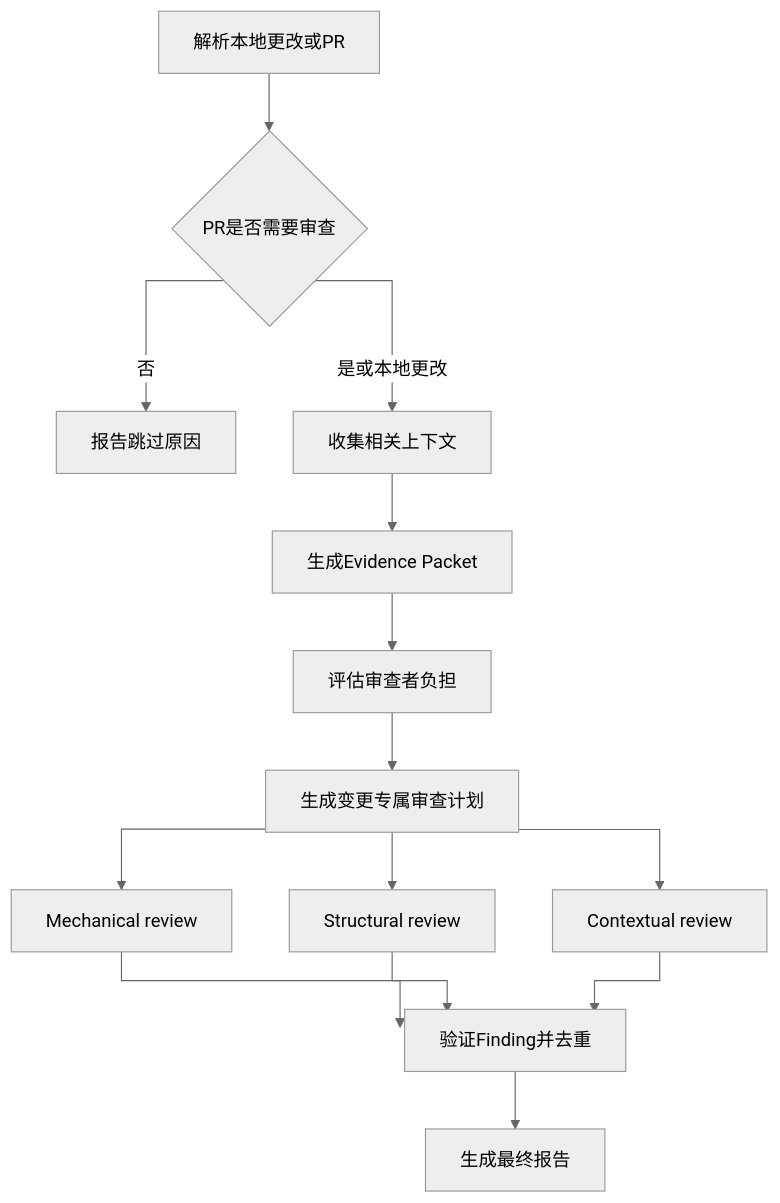
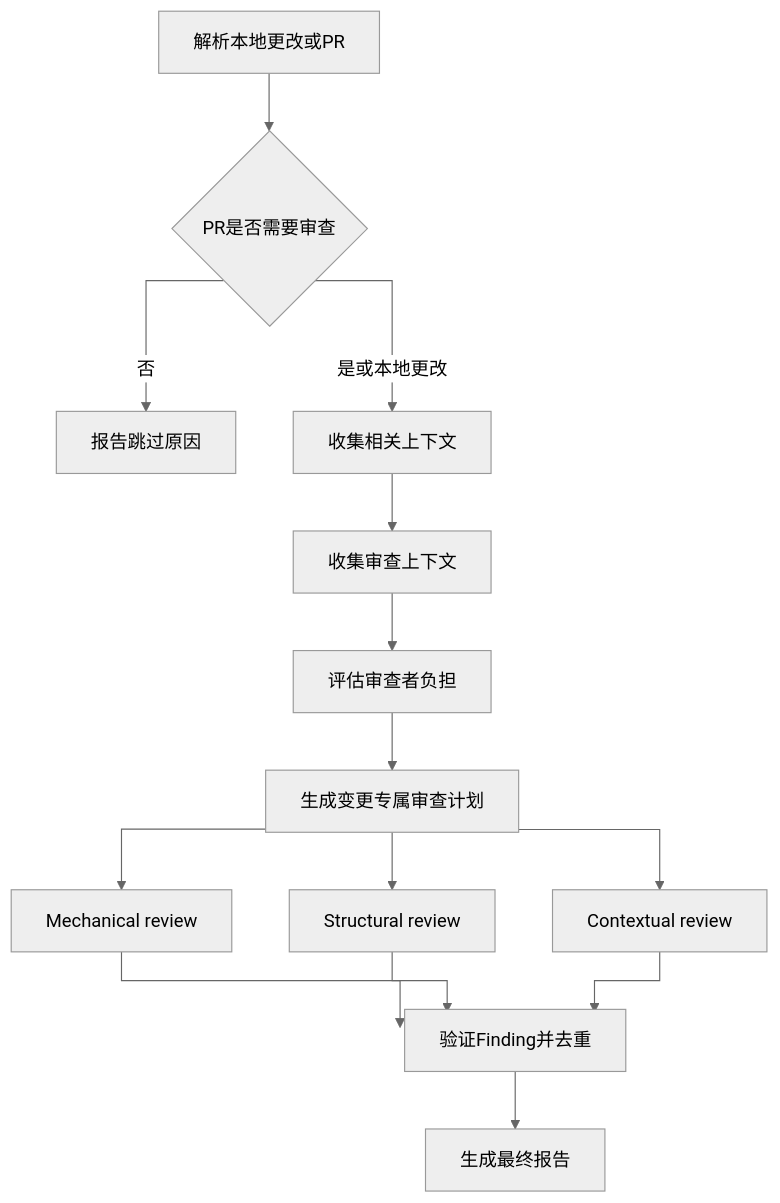
Before and after one commit to takuto-san/review: the diagram in README.zh-CN.md, drawn with Mermaid (neutral theme). The commit also changed other lines of this file and 7 other files, not shown here.

````diff
--- a/README.zh-CN.md
+++ b/README.zh-CN.md
@@ -71,17 +71,17 @@
 ```mermaid
 %%{init: {"flowchart": {"curve": "stepAfter"}}}%%
 flowchart TD
     A[解析本地更改或PR] --> B{PR是否需要审查}
     B -->|否| X[报告跳过原因]
     B -->|是或本地更改| C[收集相关上下文]
-    C --> D[生成Evidence Packet]
+    C --> D[收集审查上下文]
     D --> E[评估审查者负担]
     E --> F[生成变更专属审查计划]
     F --> G1[Mechanical review]
     F --> G2[Structural review]
     F --> G3[Contextual review]
     G1 --> H[验证Finding并去重]
     G2 --> H
     G3 --> H
     H --> I[生成最终报告]
 ```
````
